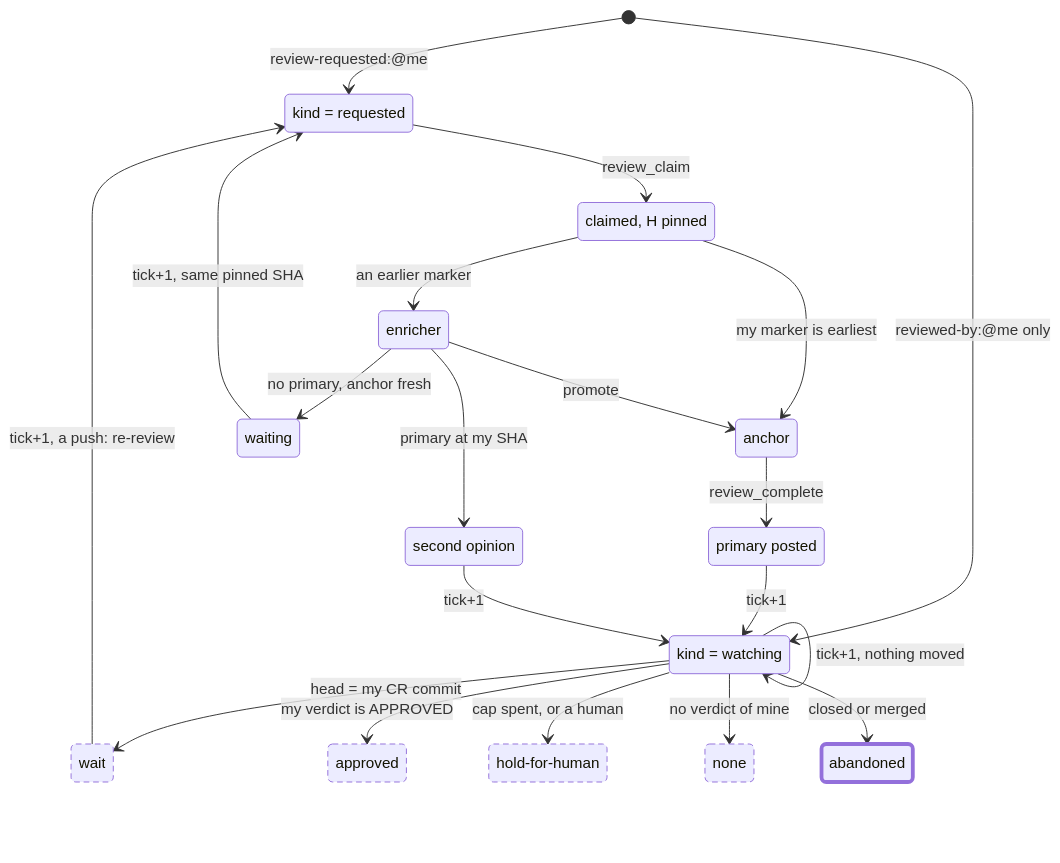
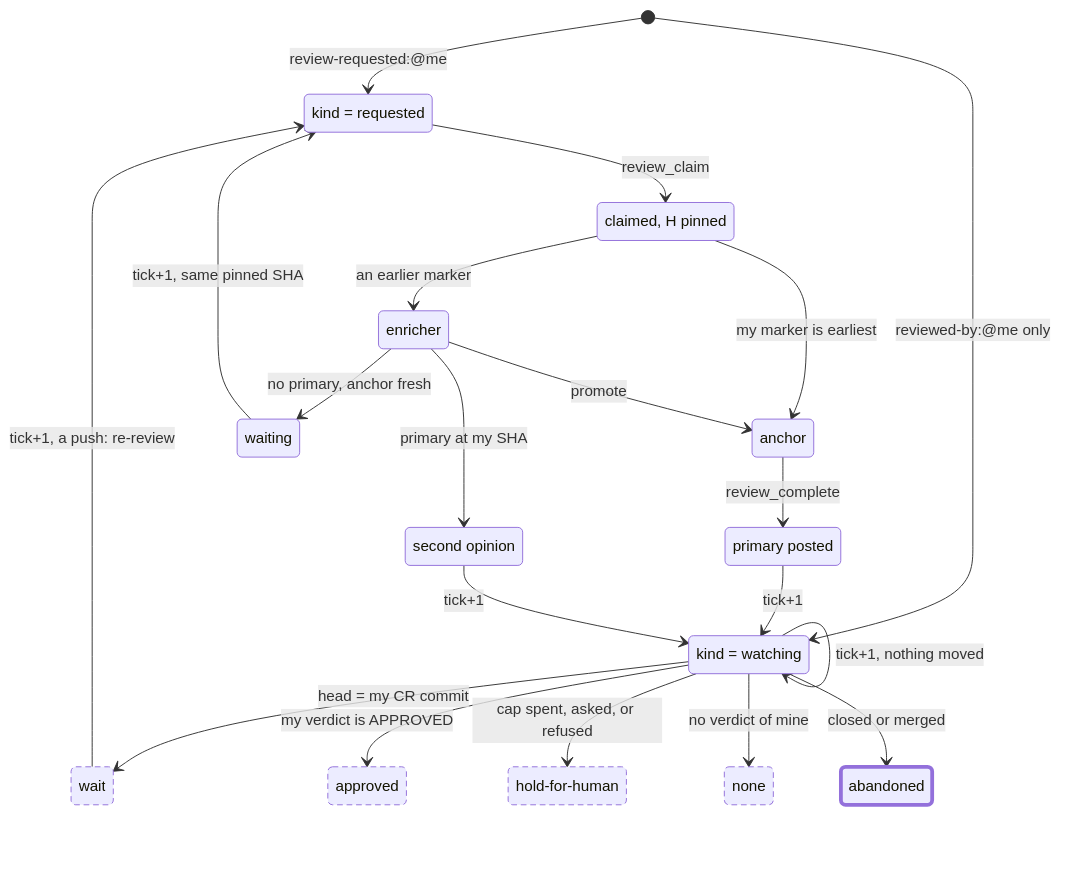
Before and after one commit to input-output-hk/agent-peer-review: the second of 11 diagrams in docs/how-it-works.md, drawn with Mermaid. The commit also changed other lines of this file and 21 other files, not shown here.

````diff
--- a/docs/how-it-works.md
+++ b/docs/how-it-works.md
@@ -114,43 +115,43 @@
 ```mermaid
 stateDiagram-v2
   direction TB
 
   state "kind = requested" as RQ
   state "claimed, H pinned" as CL
   state "anchor" as AN
   state "enricher" as EN
   state "primary posted" as PP
   state "second opinion" as SO
   state "waiting" as WA
   state "kind = watching" as WT
   state "wait" as WI
   state "approved" as AP
   state "hold-for-human" as HH
   state "none" as NO
   state "abandoned" as AB
 
   [*] --> RQ : review-requested:@me
   [*] --> WT : reviewed-by:@me only
   RQ --> CL : review_claim
   CL --> AN : my marker is earliest
   CL --> EN : an earlier marker
   AN --> PP : review_complete
   EN --> SO : primary at my SHA
   EN --> WA : no primary, anchor fresh
   EN --> AN : promote
   WA --> RQ : tick+1, same pinned SHA
   PP --> WT : tick+1
   SO --> WT : tick+1
   WT --> WI : head = my CR commit
   WT --> AP : my verdict is APPROVED
-  WT --> HH : cap spent, or a human
+  WT --> HH : cap spent, asked, or refused
   WT --> NO : no verdict of mine
   WT --> AB : closed or merged
   WT --> WT : tick+1, nothing moved
   WI --> RQ : tick+1, a push: re-review
 
   class AB terminal
   class HH,AP,NO,WI pending
   classDef terminal stroke-width:4px
   classDef pending stroke-dasharray: 6 4
 ```
````
